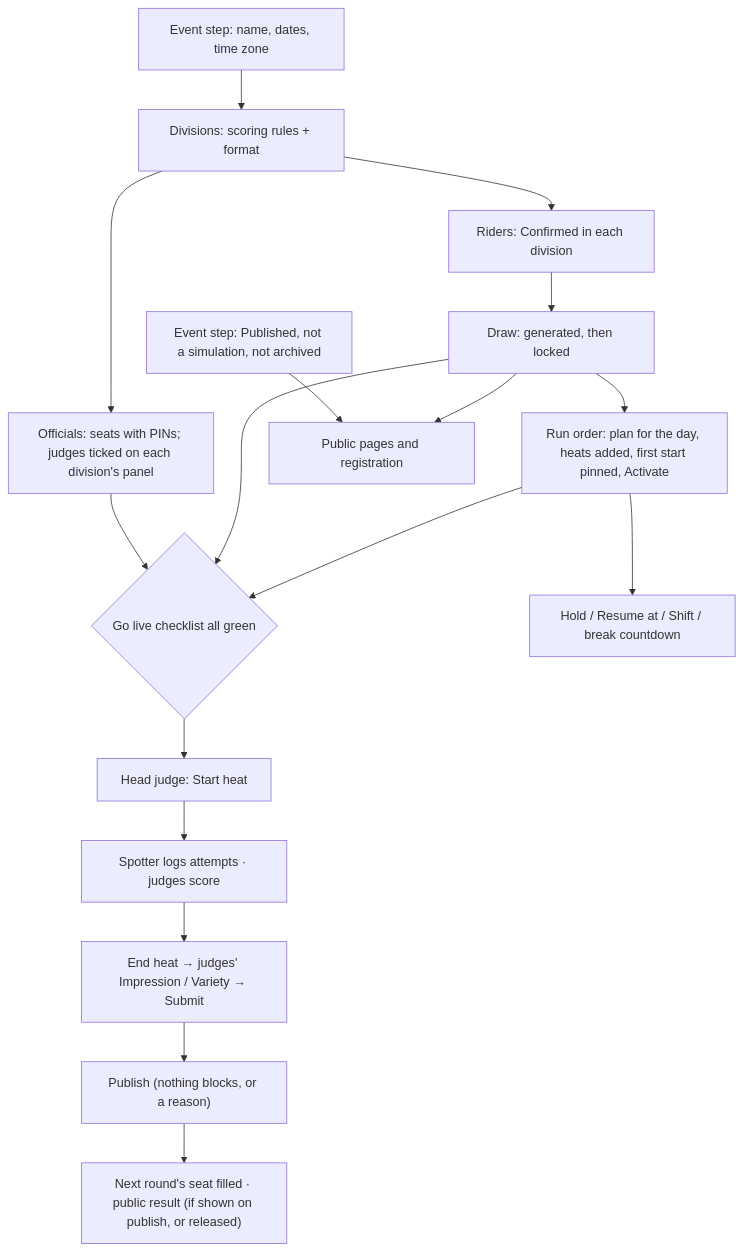
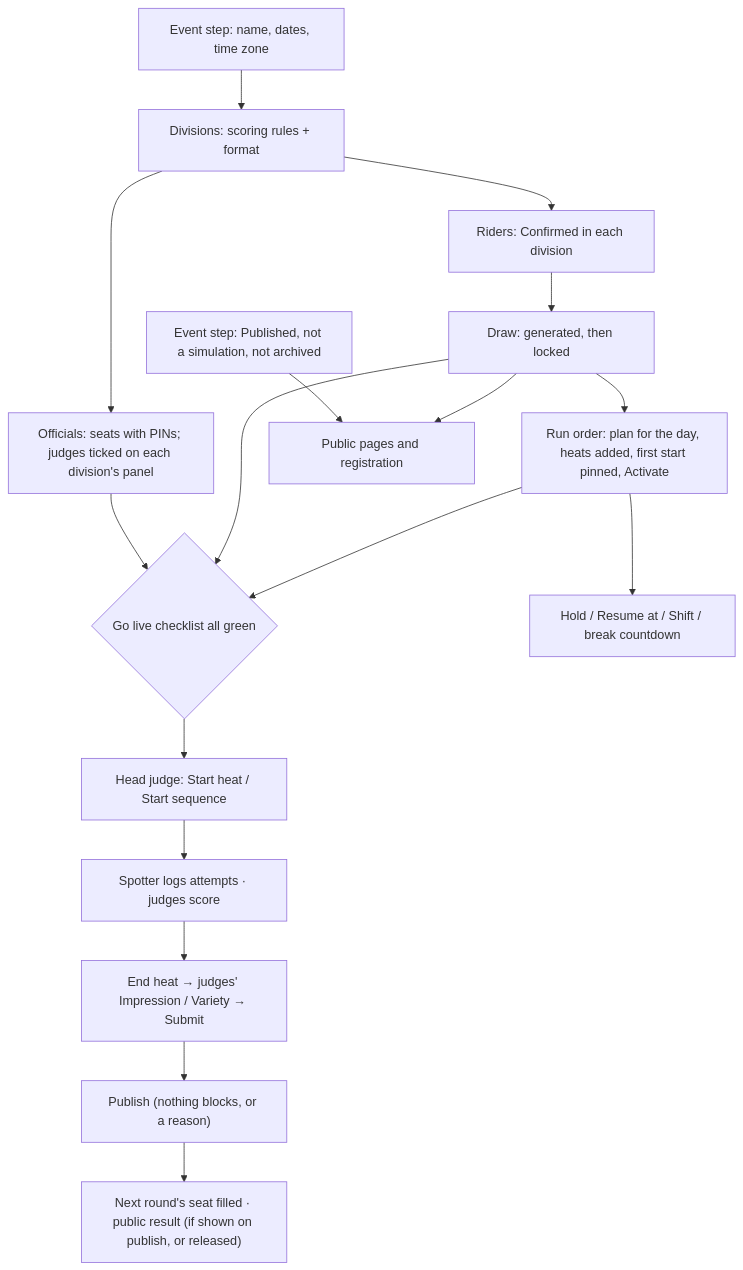
Before and after one commit to Fawy4/bigair-scoring: the diagram in docs/manual/dependencies.md, drawn with Mermaid. The commit also changed other lines of this file and 83 other files, not shown here.

First line of the commit message:
feat(flags): start sequence and flag states on every screen, Flag view for the beach marshal

````diff
--- a/docs/manual/dependencies.md
+++ b/docs/manual/dependencies.md
@@ -13,19 +13,19 @@
 ```mermaid
 flowchart TD
   E["Event step: name, dates, time zone"] --> D["Divisions: scoring rules + format"]
   D --> R["Riders: Confirmed in each division"]
   D --> O["Officials: seats with PINs; judges ticked on each division's panel"]
   R --> DR["Draw: generated, then locked"]
   DR --> RO["Run order: plan for the day, heats added, first start pinned, Activate"]
   O --> GL{"Go live checklist all green"}
   DR --> GL
   RO --> GL
-  GL --> ST["Head judge: Start heat"]
+  GL --> ST["Head judge: Start heat / Start sequence"]
   ST --> SP["Spotter logs attempts · judges score"]
   SP --> EN["End heat → judges' Impression / Variety → Submit"]
   EN --> PB["Publish (nothing blocks, or a reason)"]
   PB --> NX["Next round's seat filled · public result (if shown on publish, or released)"]
   RO --> HS["Hold / Resume at / Shift / break countdown"]
   PUB["Event step: Published, not a simulation, not archived"] --> PP["Public pages and registration"]
   DR --> PP
 ```
````
